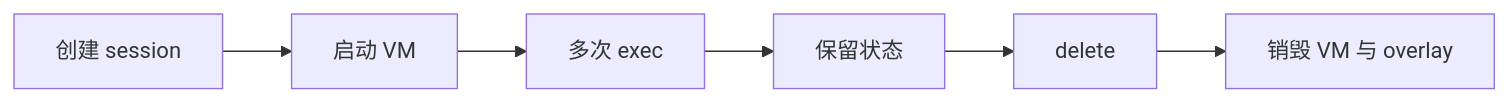
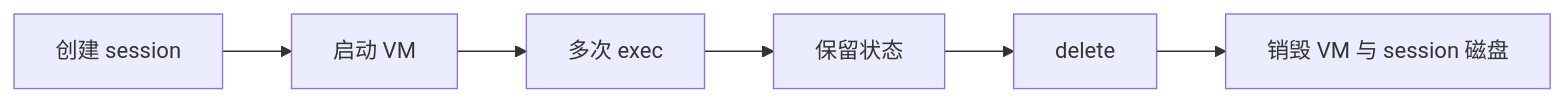
One commit to darunshen/AIR changed the third of 4 diagrams in docs/technical-architecture.md. Above: the diagram before and after it, drawn with Mermaid. The commit also changed other lines of this file and 15 other files, not shown here.

Commit message:
Sync storage architecture docs and Firecracker fixes

````diff
--- a/docs/technical-architecture.md
+++ b/docs/technical-architecture.md
@@ -120,8 +120,8 @@
 ```mermaid
 flowchart LR
     A[创建 session] --> B[启动 VM]
     B --> C[多次 exec]
     C --> D[保留状态]
     D --> E[delete]
-    E --> F[销毁 VM 与 overlay]
+    E --> F[销毁 VM 与 session 磁盘]
 ```
````
